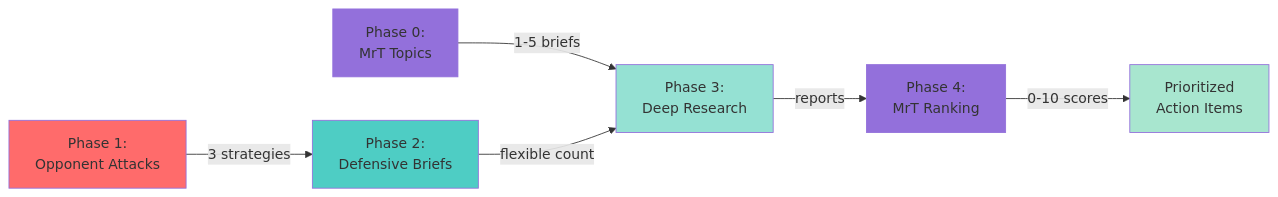
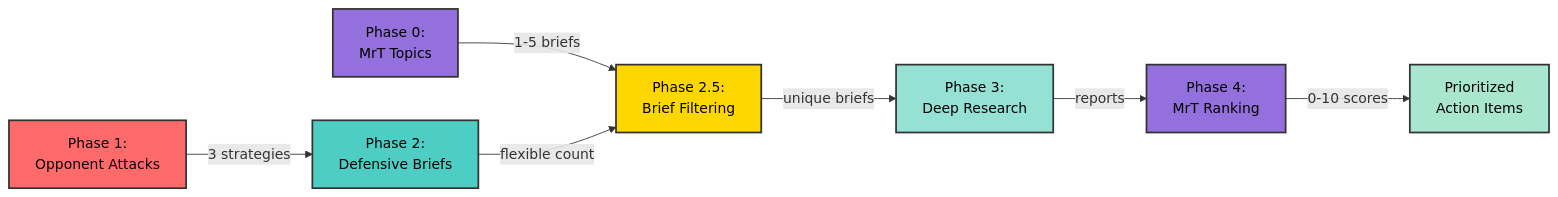
The first of 2 diagrams in docs/competitive_intelligence_workflow.md (hungson175/deep-research-langchain), drawn with Mermaid before and after one commit. The commit also changed other lines of this file and 21 other files, not shown here.

````diff
--- a/docs/competitive_intelligence_workflow.md
+++ b/docs/competitive_intelligence_workflow.md
@@ -15,15 +15,17 @@
 ```mermaid
 graph LR
-    MRT0[Phase 0:<br/>MrT Topics] --> |1-5 briefs| DR[Phase 3:<br/>Deep Research]
+    MRT0[Phase 0:<br/>MrT Topics] --> |1-5 briefs| FILTER[Phase 2.5:<br/>Brief Filtering]
     OPP[Phase 1:<br/>Opponent Attacks] --> |3 strategies| DEF[Phase 2:<br/>Defensive Briefs]
-    DEF --> |flexible count| DR
+    DEF --> |flexible count| FILTER
+    FILTER --> |unique briefs| DR[Phase 3:<br/>Deep Research]
     DR --> |reports| RANK[Phase 4:<br/>MrT Ranking]
     RANK --> |0-10 scores| END[Prioritized<br/>Action Items]
 
-    style MRT0 fill:#9370db
-    style OPP fill:#ff6b6b
-    style DEF fill:#4ecdc4
-    style DR fill:#95e1d3
-    style RANK fill:#9370db
-    style END fill:#a8e6cf
+    style MRT0 fill:#9370db,stroke:#333,stroke-width:2px,color:#000
+    style OPP fill:#ff6b6b,stroke:#333,stroke-width:2px,color:#000
+    style DEF fill:#4ecdc4,stroke:#333,stroke-width:2px,color:#000
+    style FILTER fill:#ffd700,stroke:#333,stroke-width:2px,color:#000
+    style DR fill:#95e1d3,stroke:#333,stroke-width:2px,color:#000
+    style RANK fill:#9370db,stroke:#333,stroke-width:2px,color:#000
+    style END fill:#a8e6cf,stroke:#333,stroke-width:2px,color:#000
 ```
````
